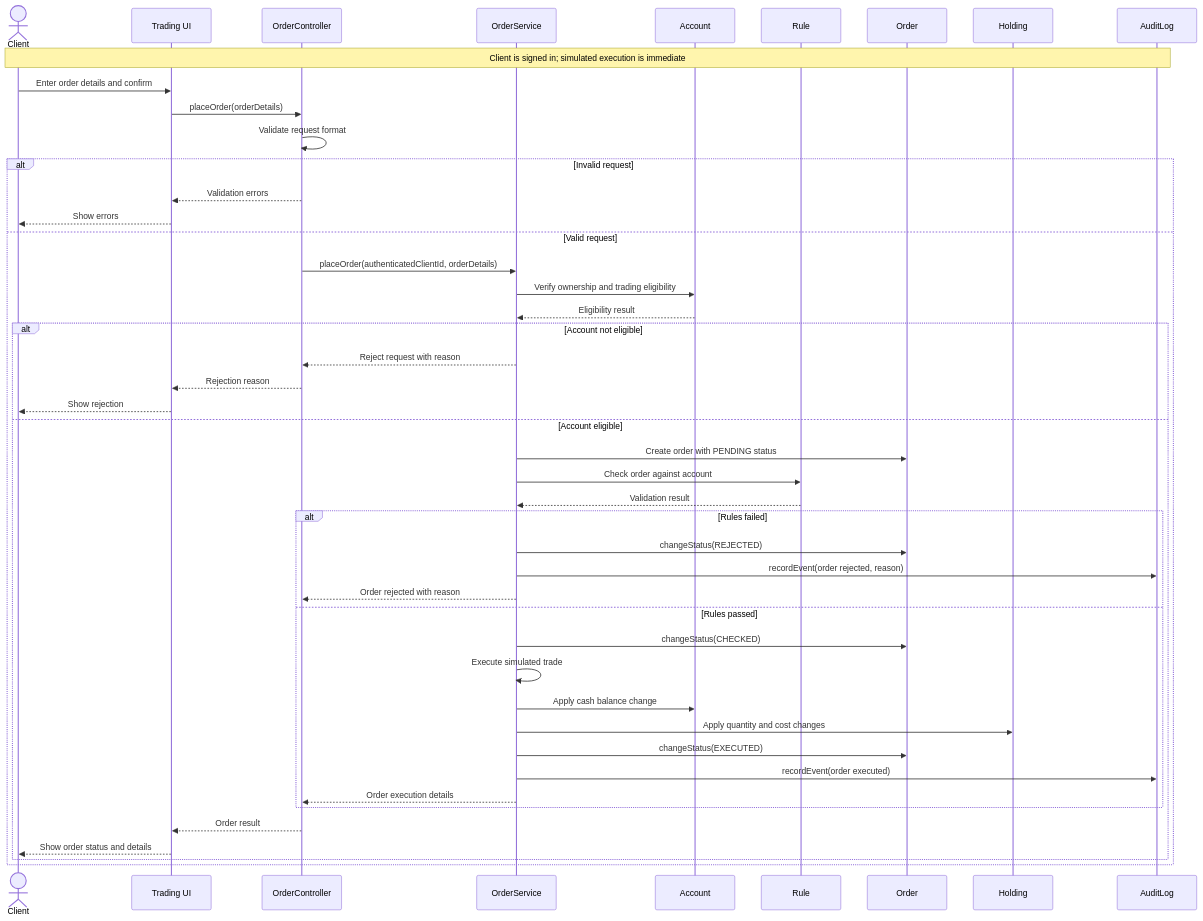
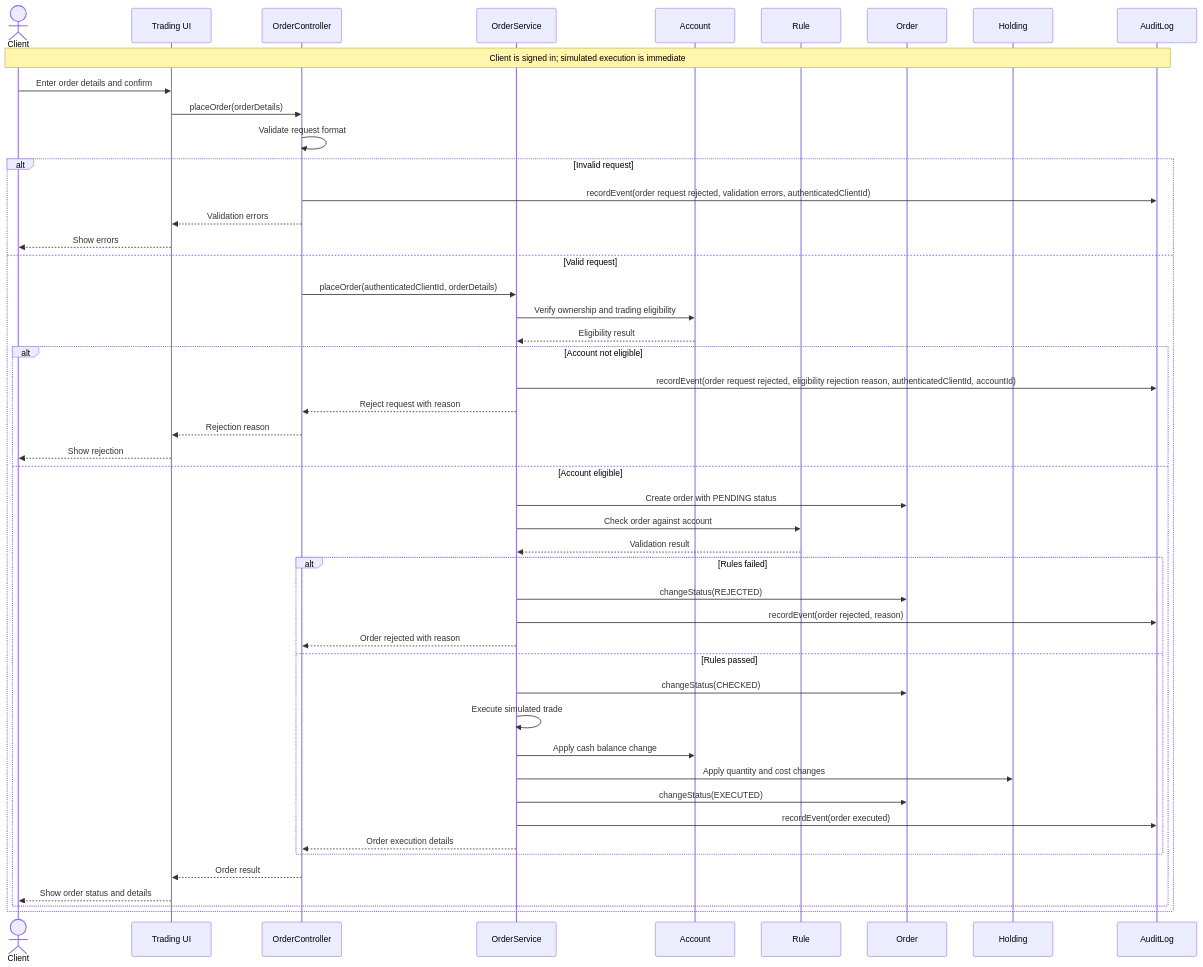
Before and after one commit to AidanJones14/asset-avengers-project: the diagram in UML/order-sequence-diagram.mmd, drawn with Mermaid.

Commit message:
Changed the order sequence diagram

```diff
--- a/UML/order-sequence-diagram.mmd
+++ b/UML/order-sequence-diagram.mmd
@@ -1,52 +1,54 @@
 sequenceDiagram
     actor Client
     participant UI as Trading UI
     participant Controller as OrderController
     participant Service as OrderService
     participant Account
     participant Rule
     participant Order
     participant Holding
     participant Audit as AuditLog
 
     Note over Client,Audit: Client is signed in#59; simulated execution is immediate
 
     Client->>UI: Enter order details and confirm
     UI->>Controller: placeOrder(orderDetails)
     Controller->>Controller: Validate request format
 
     alt Invalid request
+        Controller->>Audit: recordEvent(order request rejected, validation errors, authenticatedClientId)
         Controller-->>UI: Validation errors
         UI-->>Client: Show errors
     else Valid request
         Controller->>Service: placeOrder(authenticatedClientId, orderDetails)
         Service->>Account: Verify ownership and trading eligibility
         Account-->>Service: Eligibility result
 
         alt Account not eligible
+            Service->>Audit: recordEvent(order request rejected, eligibility rejection reason, authenticatedClientId, accountId)
             Service-->>Controller: Reject request with reason
             Controller-->>UI: Rejection reason
             UI-->>Client: Show rejection
         else Account eligible
             Service->>Order: Create order with PENDING status
             Service->>Rule: Check order against account
             Rule-->>Service: Validation result
 
             alt Rules failed
                 Service->>Order: changeStatus(REJECTED)
                 Service->>Audit: recordEvent(order rejected, reason)
                 Service-->>Controller: Order rejected with reason
             else Rules passed
                 Service->>Order: changeStatus(CHECKED)
                 Service->>Service: Execute simulated trade
                 Service->>Account: Apply cash balance change
                 Service->>Holding: Apply quantity and cost changes
                 Service->>Order: changeStatus(EXECUTED)
                 Service->>Audit: recordEvent(order executed)
                 Service-->>Controller: Order execution details
             end
 
             Controller-->>UI: Order result
             UI-->>Client: Show order status and details
         end
     end
```
